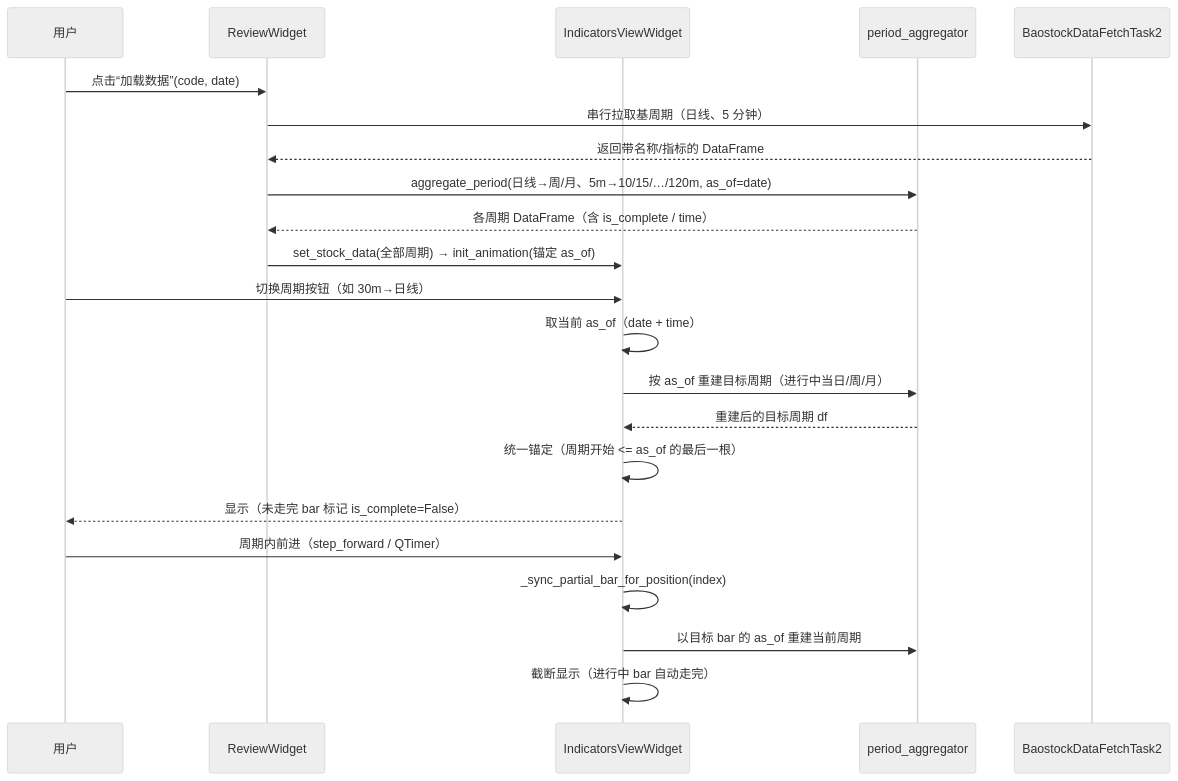
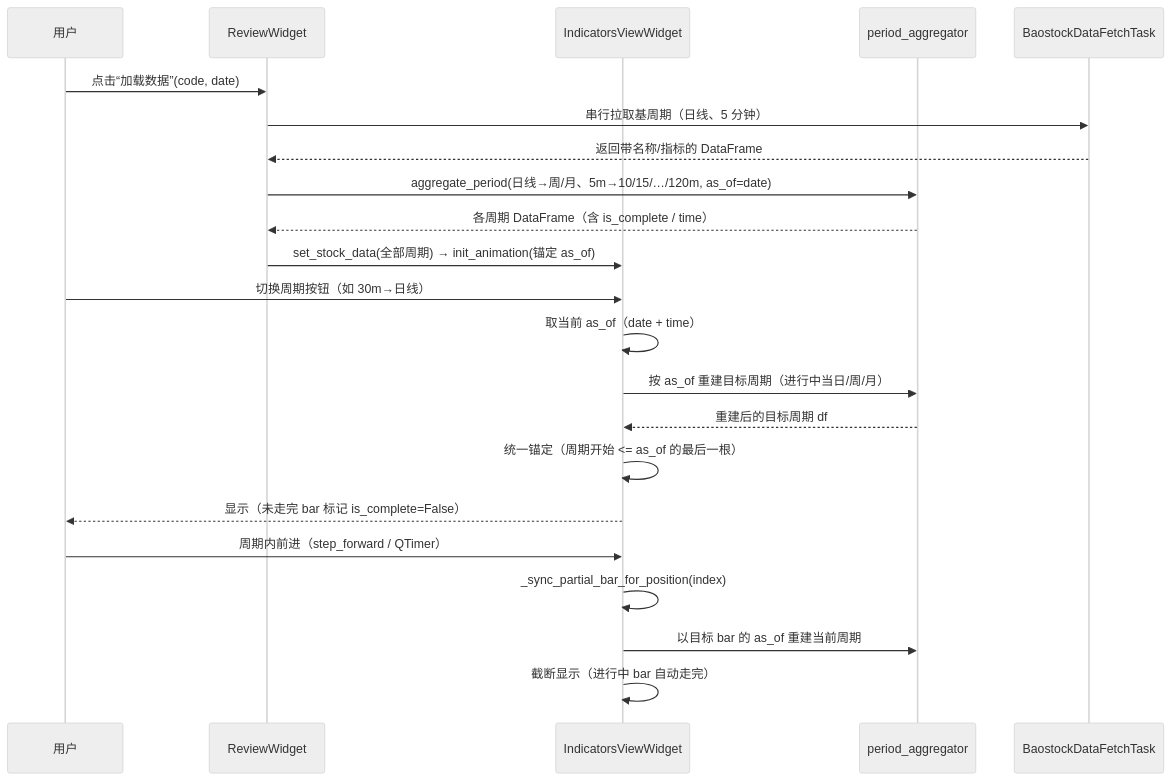
Before and after one commit to Daydreamer-AI/KLineReview: the diagram in docs/设计文档/复盘周期切换与聚合设计.md, drawn with Mermaid (neutral theme). The commit also changed other lines of this file and 11 other files, not shown here.

Commit message:
去掉无用控件；BaostockDataFetchTask接口名调整

````diff
--- a/docs/设计文档/复盘周期切换与聚合设计.md
+++ b/docs/设计文档/复盘周期切换与聚合设计.md
@@ -181,27 +181,27 @@
 ```mermaid
 sequenceDiagram
     participant U as 用户
     participant RW as ReviewWidget
     participant VW as IndicatorsViewWidget
     participant AG as period_aggregator
-    participant BS as BaostockDataFetchTask2
+    participant BS as BaostockDataFetchTask
 
     U->>RW: 点击“加载数据”(code, date)
     RW->>BS: 串行拉取基周期（日线、5 分钟）
     BS-->>RW: 返回带名称/指标的 DataFrame
     RW->>AG: aggregate_period(日线→周/月、5m→10/15/…/120m, as_of=date)
     AG-->>RW: 各周期 DataFrame（含 is_complete / time）
     RW->>VW: set_stock_data(全部周期) → init_animation(锚定 as_of)
 
     U->>VW: 切换周期按钮（如 30m→日线）
     VW->>VW: 取当前 as_of（date + time）
     VW->>AG: 按 as_of 重建目标周期（进行中当日/周/月）
     AG-->>VW: 重建后的目标周期 df
     VW->>VW: 统一锚定（周期开始 <= as_of 的最后一根）
     VW-->>U: 显示（未走完 bar 标记 is_complete=False）
 
     U->>VW: 周期内前进（step_forward / QTimer）
     VW->>VW: _sync_partial_bar_for_position(index)
     VW->>AG: 以目标 bar 的 as_of 重建当前周期
     VW->>VW: 截断显示（进行中 bar 自动走完）
 ```
````
